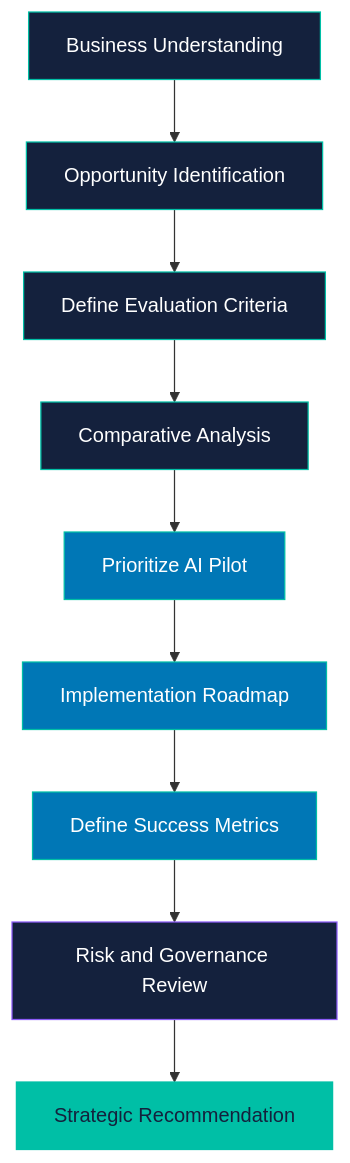
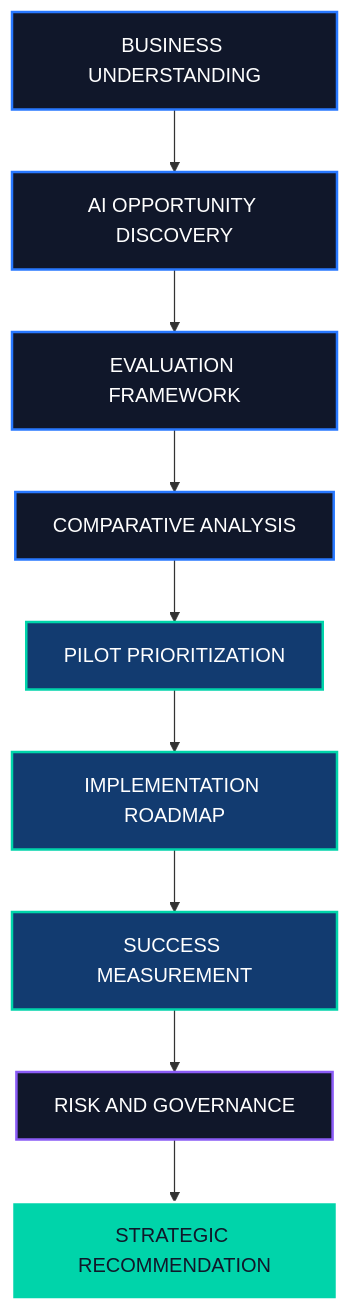
One commit to govardhan-goud123/AI_opportunity_and_statergy changed the diagram in README.md. Above: the diagram before and after it, drawn with Mermaid. The commit also changed other lines of this file, not shown here.

````diff
--- a/README.md
+++ b/README.md
@@ -118,21 +135,21 @@
 ```mermaid
 flowchart TD
-    A["Business Understanding"] --> B["Opportunity Identification"]
-    B --> C["Define Evaluation Criteria"]
-    C --> D["Comparative Analysis"]
-    D --> E["Prioritize AI Pilot"]
-    E --> F["Implementation Roadmap"]
-    F --> G["Define Success Metrics"]
-    G --> H["Risk and Governance Review"]
-    H --> I["Strategic Recommendation"]
+    A["BUSINESS UNDERSTANDING"] --> B["AI OPPORTUNITY DISCOVERY"]
+    B --> C["EVALUATION FRAMEWORK"]
+    C --> D["COMPARATIVE ANALYSIS"]
+    D --> E["PILOT PRIORITIZATION"]
+    E --> F["IMPLEMENTATION ROADMAP"]
+    F --> G["SUCCESS MEASUREMENT"]
+    G --> H["RISK AND GOVERNANCE"]
+    H --> I["STRATEGIC RECOMMENDATION"]
 
-    style A fill:#14213D,color:#FFFFFF,stroke:#00BFA6
-    style B fill:#14213D,color:#FFFFFF,stroke:#00BFA6
-    style C fill:#14213D,color:#FFFFFF,stroke:#00BFA6
-    style D fill:#14213D,color:#FFFFFF,stroke:#00BFA6
-    style E fill:#0077B6,color:#FFFFFF,stroke:#00BFA6
-    style F fill:#0077B6,color:#FFFFFF,stroke:#00BFA6
-    style G fill:#0077B6,color:#FFFFFF,stroke:#00BFA6
-    style H fill:#14213D,color:#FFFFFF,stroke:#8B5CF6
-    style I fill:#00BFA6,color:#14213D,stroke:#00BFA6
+    style A fill:#10172A,color:#FFFFFF,stroke:#2878FF,stroke-width:2px
+    style B fill:#10172A,color:#FFFFFF,stroke:#2878FF,stroke-width:2px
+    style C fill:#10172A,color:#FFFFFF,stroke:#2878FF,stroke-width:2px
+    style D fill:#10172A,color:#FFFFFF,stroke:#2878FF,stroke-width:2px
+    style E fill:#123B70,color:#FFFFFF,stroke:#00D4AA,stroke-width:2px
+    style F fill:#123B70,color:#FFFFFF,stroke:#00D4AA,stroke-width:2px
+    style G fill:#123B70,color:#FFFFFF,stroke:#00D4AA,stroke-width:2px
+    style H fill:#10172A,color:#FFFFFF,stroke:#8B5CF6,stroke-width:2px
+    style I fill:#00D4AA,color:#10172A,stroke:#FFFFFF,stroke-width:2px
 ```
````
